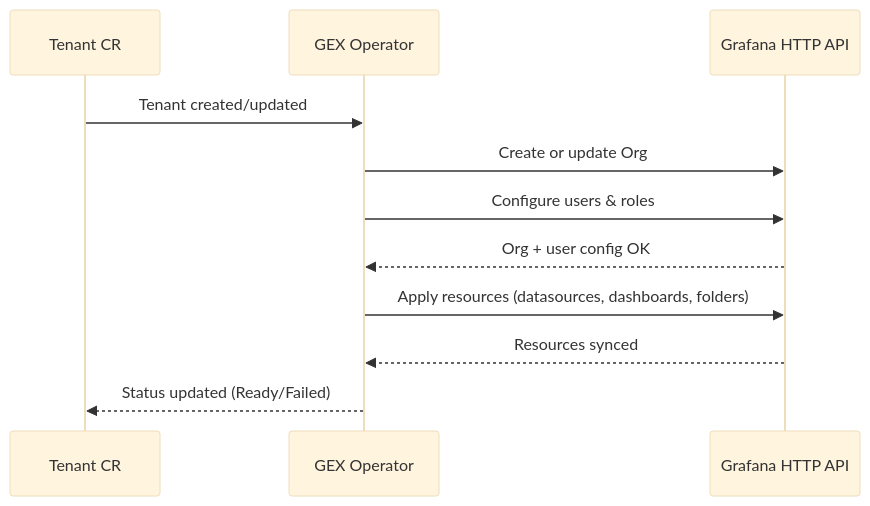
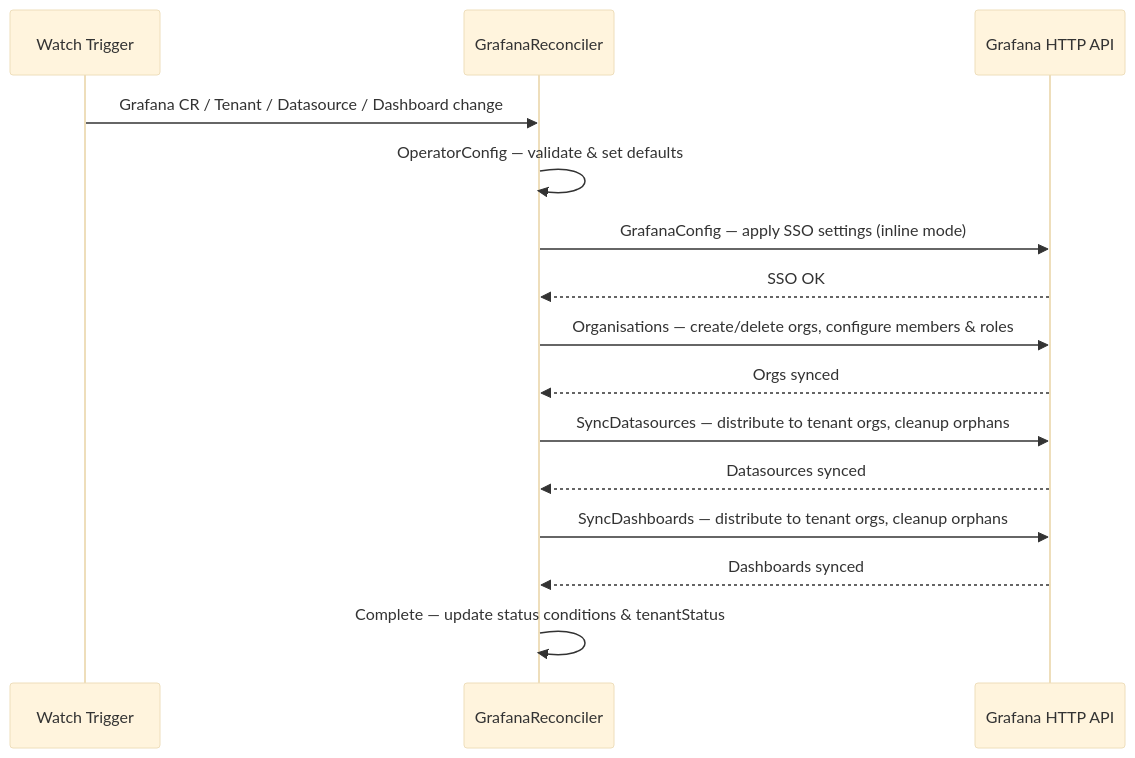
Before and after one commit to stakater/mto-docs: the second of 3 diagrams in content/integrations/grafana/readme.md, drawn with Mermaid (base theme). The commit also changed other lines of this file, not shown here.

````diff
--- a/content/integrations/grafana/readme.md
+++ b/content/integrations/grafana/readme.md
@@ -364,14 +368,18 @@
 ```mermaid
 sequenceDiagram
-    participant TenantCR as Tenant CR
-    participant GEX as GEX Operator
+    participant Watch as Watch Trigger
+    participant GEX as GrafanaReconciler
     participant API as Grafana HTTP API
 
-    TenantCR->>GEX: Tenant created/updated
-    GEX->>API: Create or update Org
-    GEX->>API: Configure users & roles
-    API-->>GEX: Org + user config OK
-    GEX->>API: Apply resources (datasources, dashboards, folders)
-    API-->>GEX: Resources synced
-    GEX-->>TenantCR: Status updated (Ready/Failed)
+    Watch->>GEX: Grafana CR / Tenant / Datasource / Dashboard change
+    GEX->>GEX: OperatorConfig — validate & set defaults
+    GEX->>API: GrafanaConfig — apply SSO settings (inline mode)
+    API-->>GEX: SSO OK
+    GEX->>API: Organisations — create/delete orgs, configure members & roles
+    API-->>GEX: Orgs synced
+    GEX->>API: SyncDatasources — distribute to tenant orgs, cleanup orphans
+    API-->>GEX: Datasources synced
+    GEX->>API: SyncDashboards — distribute to tenant orgs, cleanup orphans
+    API-->>GEX: Dashboards synced
+    GEX->>GEX: Complete — update status conditions & tenantStatus
 ```
````
